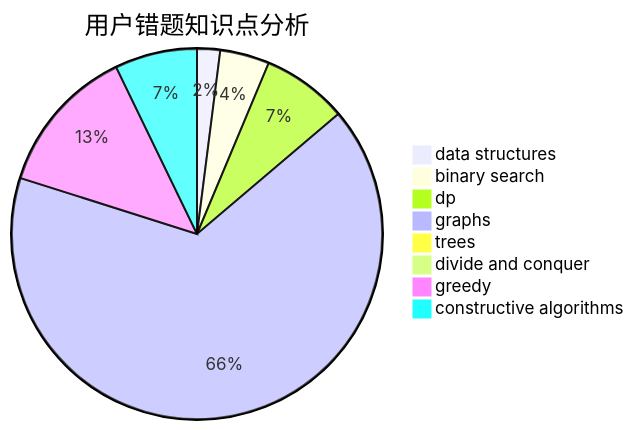
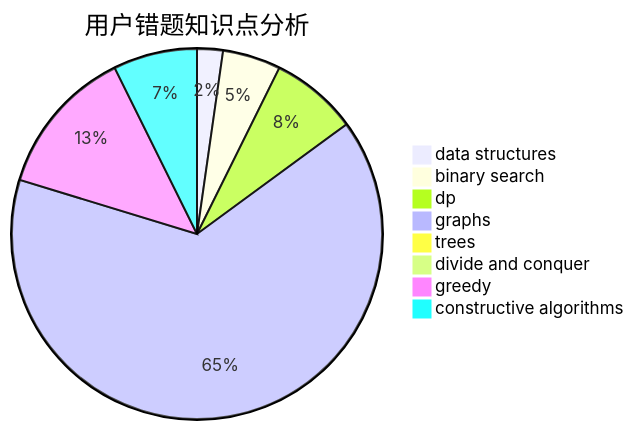
The third of 3 diagrams in docs/user/u1823.md (sherpahu/cfrs.github.io), drawn with Mermaid before and after one commit. The commit also changed other lines of this file and 2770 other files, not shown here.

````diff
--- a/docs/user/u1823.md
+++ b/docs/user/u1823.md
@@ -36,11 +36,11 @@
 ```mermaid
 pie title 用户错题知识点分析
-    "data structures" :  7
-    "binary search" :  15
-    "dp" :  26
+    "data structures" :  8
+    "binary search" :  18
+    "dp" :  27
     "graphs" :  230
     "trees" :  0
     "divide and conquer" :  0
-    "greedy" :  45
-    "constructive algorithms" :  25
+    "greedy" :  46
+    "constructive algorithms" :  26
 ```
````
